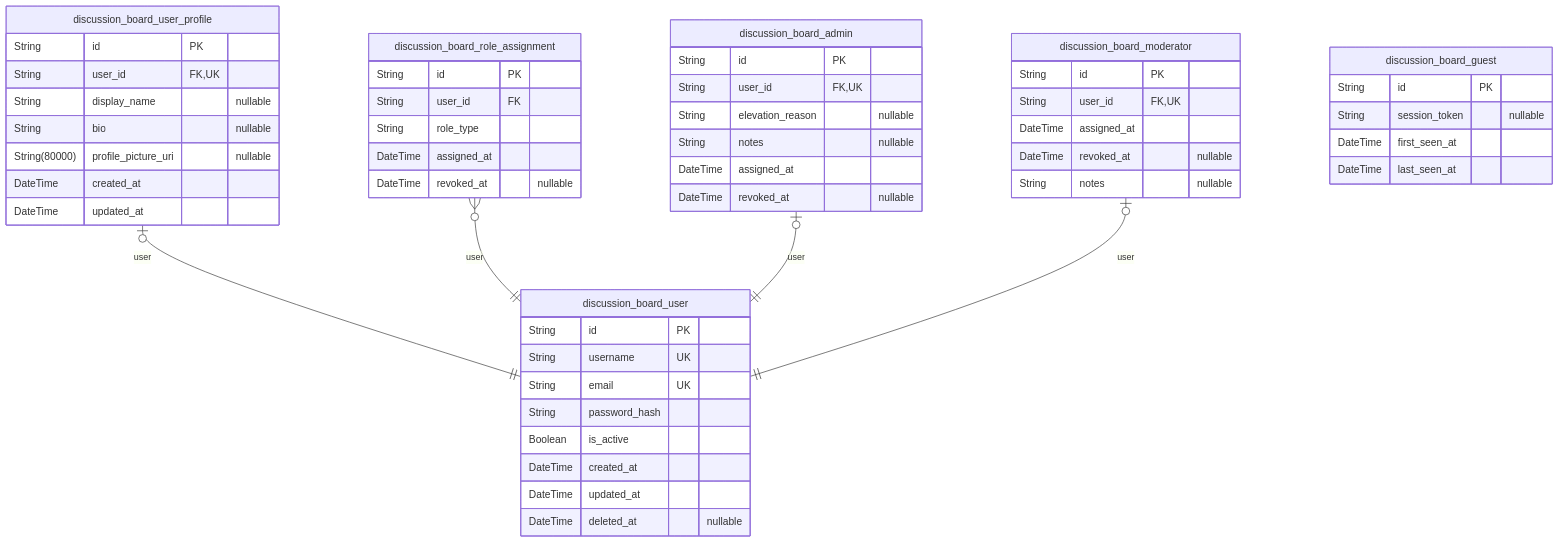
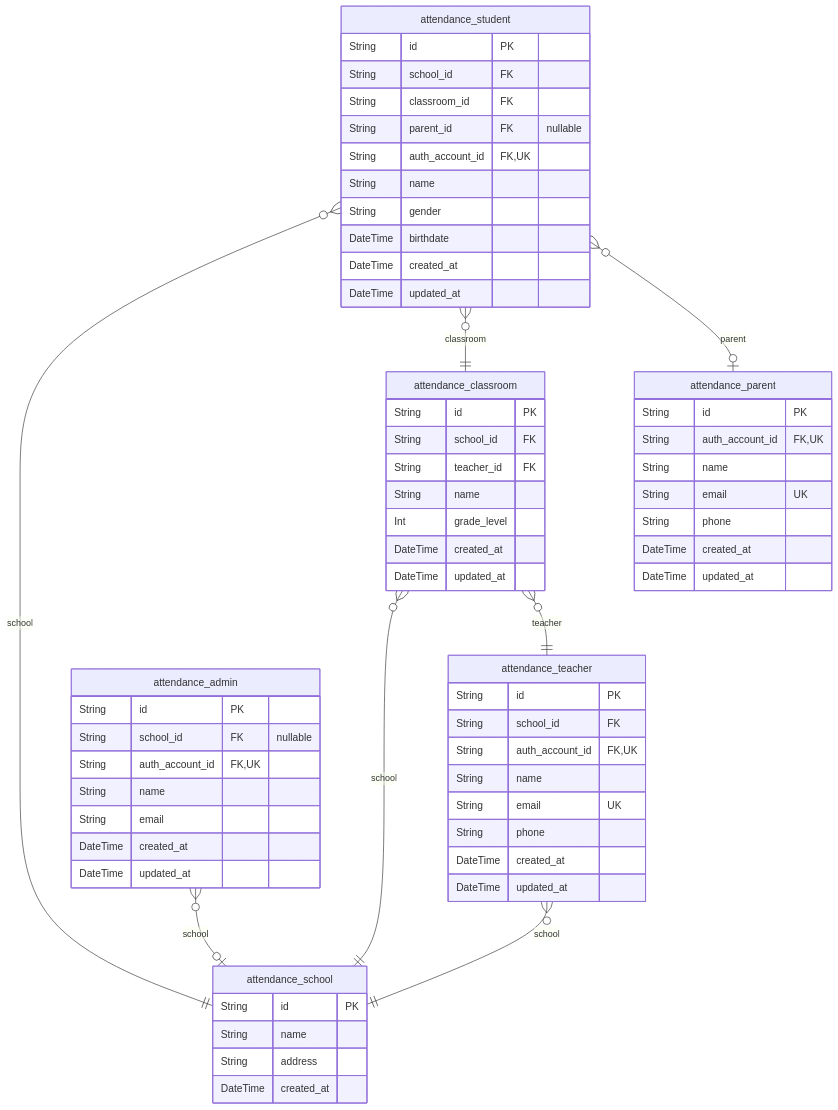
Before and after one commit to wrtnlabs/autobe-example-bbs-openai-gpt-4.1: the first of 6 diagrams in docs/ERD.md, drawn with Mermaid. The commit also changed other lines of this file and 577 other files, not shown here.

````diff
--- a/docs/ERD.md
+++ b/docs/ERD.md
@@ -14,54 +14,65 @@
 ```mermaid
 erDiagram
-"discussion_board_user" {
+"attendance_teacher" {
   String id PK
-  String username UK
+  String school_id FK
+  String auth_account_id FK,UK
+  String name
   String email UK
-  String password_hash
-  Boolean is_active
-  DateTime created_at
-  DateTime updated_at
-  DateTime deleted_at "nullable"
-}
-"discussion_board_user_profile" {
-  String id PK
-  String user_id FK,UK
-  String display_name "nullable"
-  String bio "nullable"
-  String(80000) profile_picture_uri "nullable"
+  String phone
   DateTime created_at
   DateTime updated_at
 }
-"discussion_board_role_assignment" {
+"attendance_student" {
   String id PK
-  String user_id FK
-  String role_type
-  DateTime assigned_at
-  DateTime revoked_at "nullable"
+  String school_id FK
+  String classroom_id FK
+  String parent_id FK "nullable"
+  String auth_account_id FK,UK
+  String name
+  String gender
+  DateTime birthdate
+  DateTime created_at
+  DateTime updated_at
 }
-"discussion_board_admin" {
+"attendance_parent" {
   String id PK
-  String user_id FK,UK
-  String elevation_reason "nullable"
-  String notes "nullable"
-  DateTime assigned_at
-  DateTime revoked_at "nullable"
+  String auth_account_id FK,UK
+  String name
+  String email UK
+  String phone
+  DateTime created_at
+  DateTime updated_at
 }
-"discussion_board_moderator" {
+"attendance_admin" {
   String id PK
-  String user_id FK,UK
-  DateTime assigned_at
-  DateTime revoked_at "nullable"
-  String notes "nullable"
+  String school_id FK "nullable"
+  String auth_account_id FK,UK
+  String name
+  String email
+  DateTime created_at
+  DateTime updated_at
 }
-"discussion_board_guest" {
+"attendance_school" {
   String id PK
-  String session_token "nullable"
-  DateTime first_seen_at
-  DateTime last_seen_at
+  String name
+  String address
+  DateTime created_at
 }
-"discussion_board_user_profile" |o--|| "discussion_board_user" : user
-"discussion_board_role_assignment" }o--|| "discussion_board_user" : user
-"discussion_board_admin" |o--|| "discussion_board_user" : user
-"discussion_board_moderator" |o--|| "discussion_board_user" : user
+"attendance_classroom" {
+  String id PK
+  String school_id FK
+  String teacher_id FK
+  String name
+  Int grade_level
+  DateTime created_at
+  DateTime updated_at
+}
+"attendance_teacher" }o--|| "attendance_school" : school
+"attendance_student" }o--|| "attendance_school" : school
+"attendance_student" }o--|| "attendance_classroom" : classroom
+"attendance_student" }o--o| "attendance_parent" : parent
+"attendance_admin" }o--o| "attendance_school" : school
+"attendance_classroom" }o--|| "attendance_school" : school
+"attendance_classroom" }o--|| "attendance_teacher" : teacher
 ```
````
